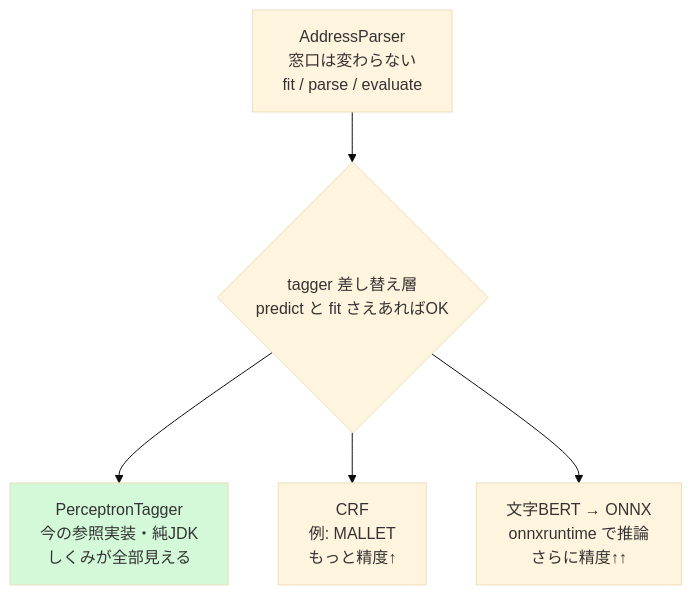
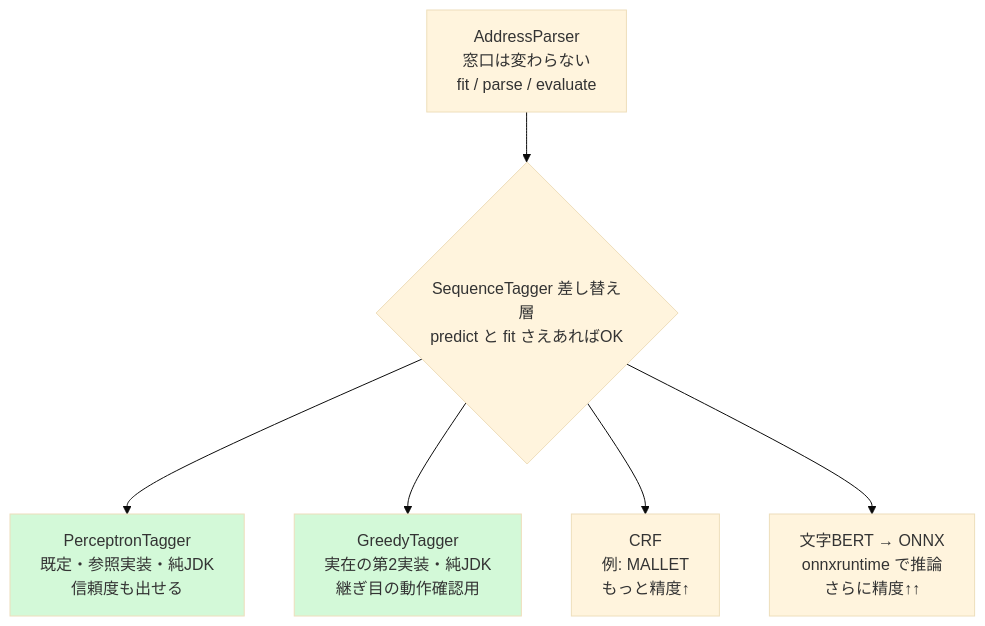
Before and after one commit to opaopa6969/kugiri: the fourth of 4 diagrams in docs/study/19-zenbu-tsunagu.md, drawn with Mermaid (base theme). The commit also changed other lines of this file and 7 other files, not shown here.

````diff
--- a/docs/study/19-zenbu-tsunagu.md
+++ b/docs/study/19-zenbu-tsunagu.md
@@ -229,9 +229,11 @@
 ```mermaid
 flowchart TD
     APP["AddressParser<br/>窓口は変わらない<br/>fit / parse / evaluate"]
-    APP --> SLOT{"tagger 差し替え層<br/>predict と fit さえあればOK"}
-    SLOT --> A["PerceptronTagger<br/>今の参照実装・純JDK<br/>しくみが全部見える"]
+    APP --> SLOT{"SequenceTagger 差し替え層<br/>predict と fit さえあればOK"}
+    SLOT --> A["PerceptronTagger<br/>既定・参照実装・純JDK<br/>信頼度も出せる"]
+    SLOT --> G["GreedyTagger<br/>実在の第2実装・純JDK<br/>継ぎ目の動作確認用"]
     SLOT --> B["CRF<br/>例: MALLET<br/>もっと精度↑"]
     SLOT --> C["文字BERT → ONNX<br/>onnxruntime で推論<br/>さらに精度↑↑"]
     style A fill:#d3f9d8
+    style G fill:#d3f9d8
 ```
````
